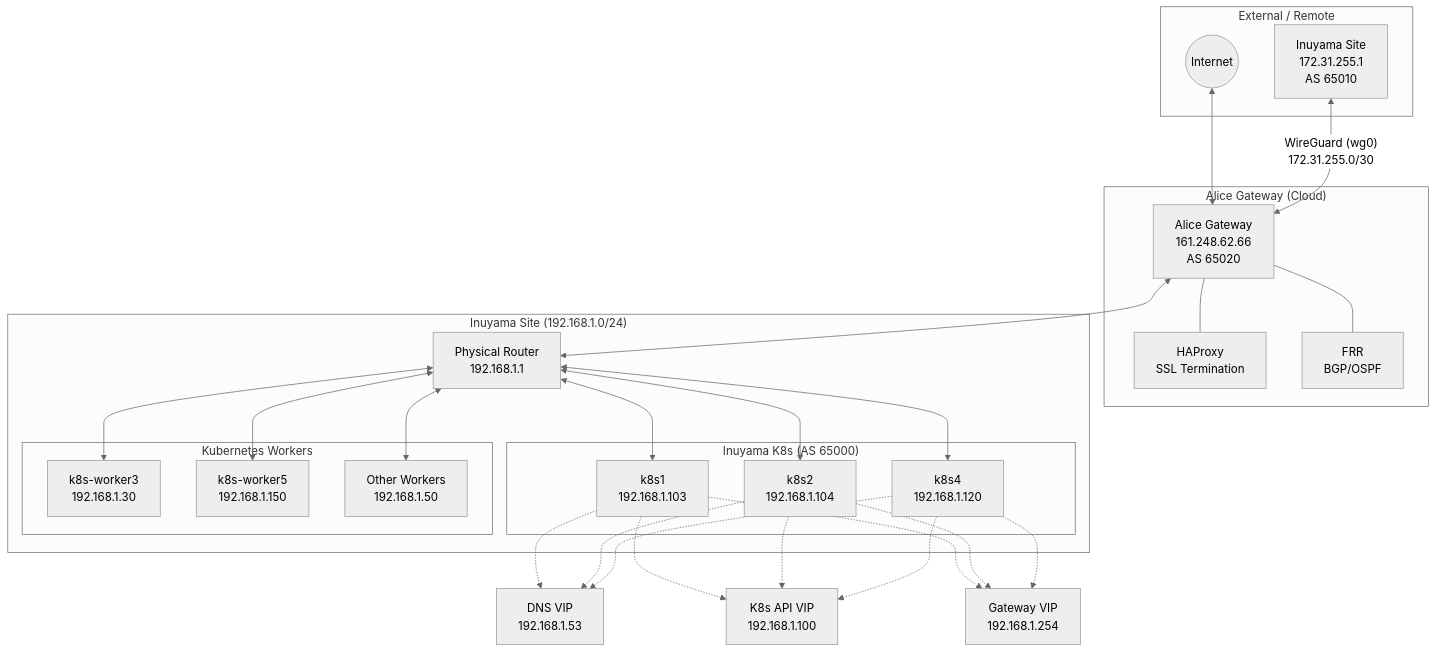
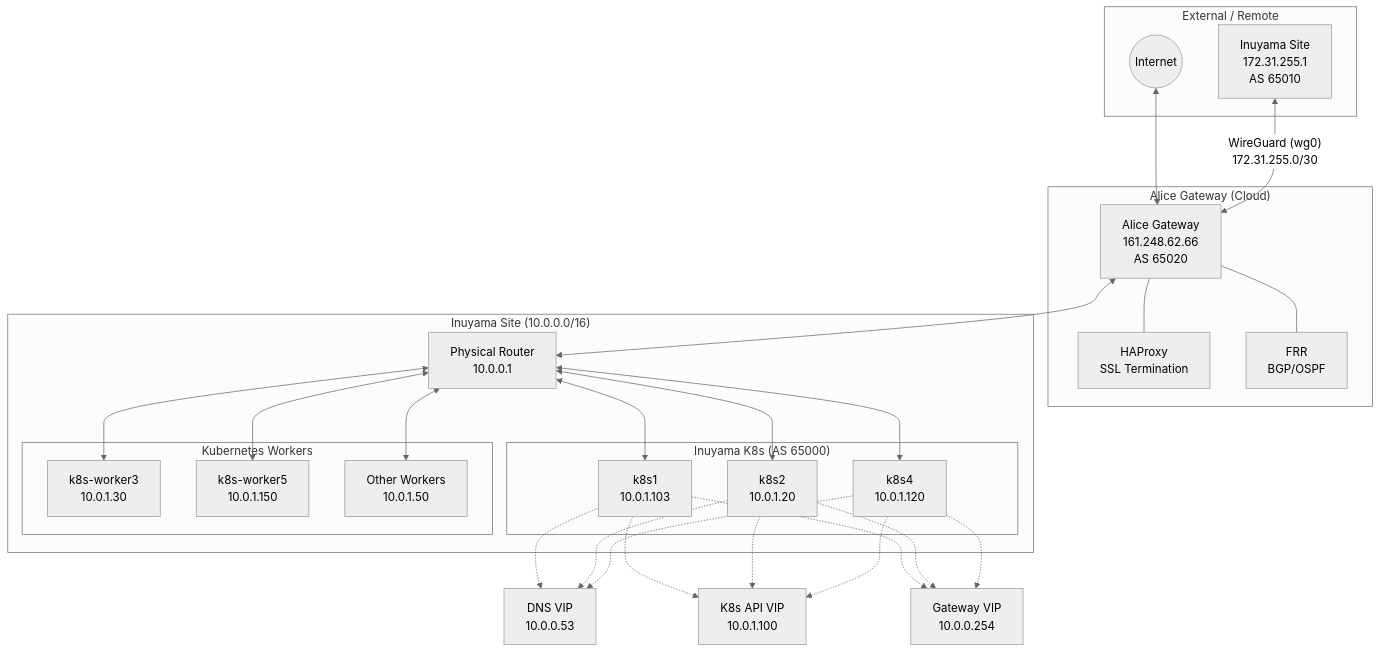
Before and after one commit to kigawa-net/infra: the first of 2 diagrams in docs/network.md, drawn with Mermaid (neutral theme). The commit also changed other lines of this file and 16 other files, not shown here.

````diff
--- a/docs/network.md
+++ b/docs/network.md
@@ -70,55 +70,55 @@
 ```mermaid
 graph TB
     subgraph "External / Remote"
         Inuyama[Inuyama Site<br/>172.31.255.1<br/>AS 65010]
         Internet((Internet))
     end
 
     subgraph "Alice Gateway (Cloud)"
         Alice[Alice Gateway<br/>161.248.62.66<br/>AS 65020]
         HAProxy[HAProxy<br/>SSL Termination]
         FRR[FRR<br/>BGP/OSPF]
         Alice --- HAProxy
         Alice --- FRR
     end
 
-    subgraph "Inuyama Site (192.168.1.0/24)"
+    subgraph "Inuyama Site (10.0.0.0/16)"
         subgraph "Inuyama K8s (AS 65000)"
-            k8s1[k8s1<br/>192.168.1.103]
-            k8s2[k8s2<br/>192.168.1.104]
-            k8s4[k8s4<br/>192.168.1.120]
+            k8s1[k8s1<br/>10.0.1.103]
+            k8s2[k8s2<br/>10.0.1.20]
+            k8s4[k8s4<br/>10.0.1.120]
         end
 
         subgraph "Kubernetes Workers"
-            worker3[k8s-worker3<br/>192.168.1.30]
-            worker5[k8s-worker5<br/>192.168.1.150]
-            worker_other[Other Workers<br/>192.168.1.50]
+            worker3[k8s-worker3<br/>10.0.1.30]
+            worker5[k8s-worker5<br/>10.0.1.150]
+            worker_other[Other Workers<br/>10.0.1.50]
         end
 
-        Router[Physical Router<br/>192.168.1.1]
+        Router[Physical Router<br/>10.0.0.1]
     end
 
     %% Connections
     Internet <--> Alice
     Inuyama <-- "WireGuard (wg0)<br/>172.31.255.0/30" --> Alice
     Alice <--> Router
     Router <--> k8s1
     Router <--> k8s2
     Router <--> k8s4
     Router <--> worker3
     Router <--> worker5
     Router <--> worker_other
 
     %% VIPs
-    k8s1 -.-> VIP_DNS[DNS VIP<br/>192.168.1.53]
+    k8s1 -.-> VIP_DNS[DNS VIP<br/>10.0.0.53]
     k8s2 -.-> VIP_DNS
     k8s4 -.-> VIP_DNS
 
-    k8s1 -.-> VIP_K8S[K8s API VIP<br/>192.168.1.100]
+    k8s1 -.-> VIP_K8S[K8s API VIP<br/>10.0.1.100]
     k8s2 -.-> VIP_K8S
     k8s4 -.-> VIP_K8S
 
-    k8s1 -.-> VIP_GW[Gateway VIP<br/>192.168.1.254]
+    k8s1 -.-> VIP_GW[Gateway VIP<br/>10.0.0.254]
     k8s2 -.-> VIP_GW
     k8s4 -.-> VIP_GW
 ```
````
